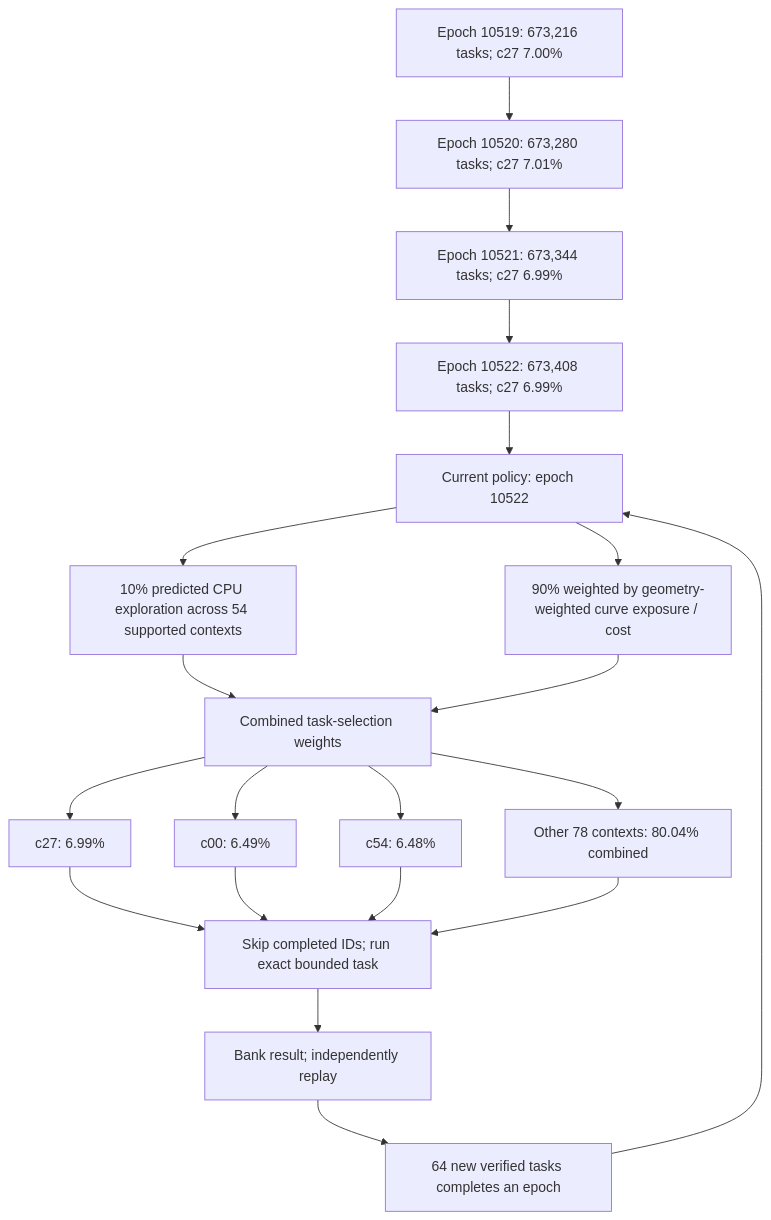
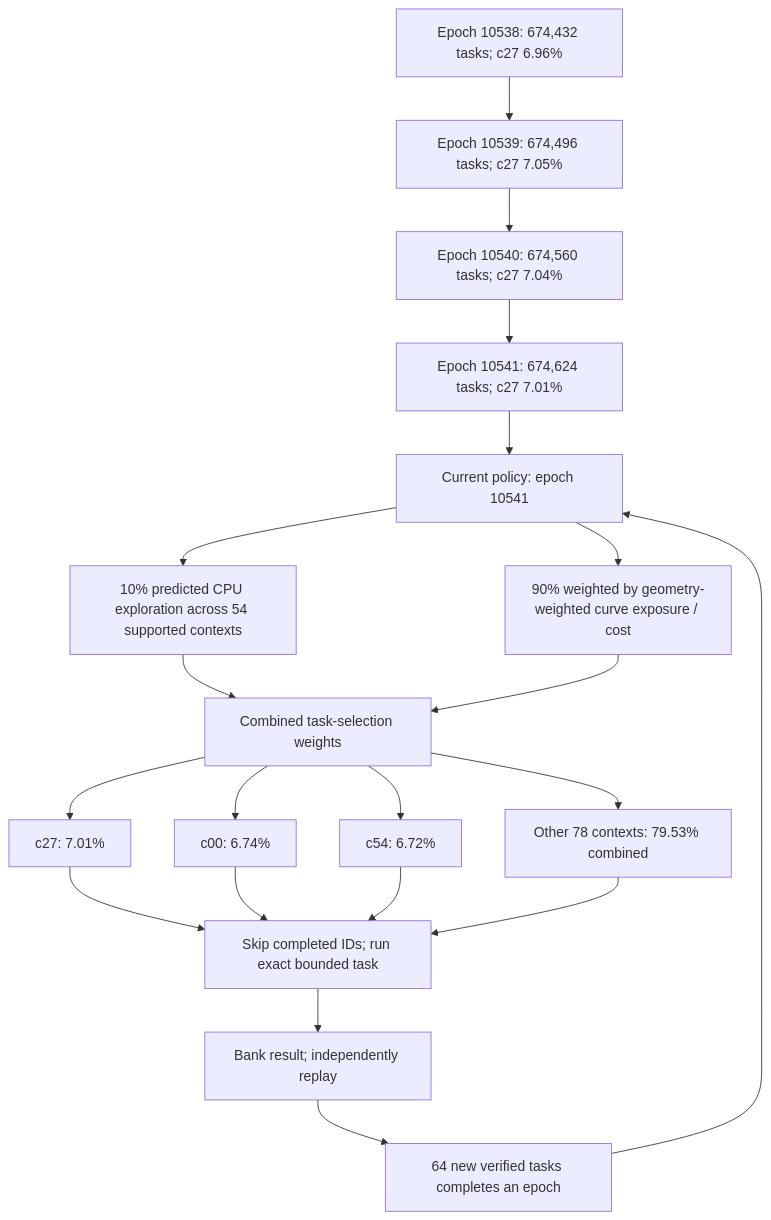
The first of 4 diagrams in README.md (Kuberwastaken/math-gambling), drawn with Mermaid before and after one commit. The commit also changed other lines of this file and 2675 other files, not shown here.

````diff
--- a/README.md
+++ b/README.md
@@ -60,27 +60,27 @@
 ```mermaid
 flowchart TD
-    H0["Epoch 10519: 673,216 tasks; c27 7.00%"]
-    H1["Epoch 10520: 673,280 tasks; c27 7.01%"]
+    H0["Epoch 10538: 674,432 tasks; c27 6.96%"]
+    H1["Epoch 10539: 674,496 tasks; c27 7.05%"]
     H0 --> H1
-    H2["Epoch 10521: 673,344 tasks; c27 6.99%"]
+    H2["Epoch 10540: 674,560 tasks; c27 7.04%"]
     H1 --> H2
-    H3["Epoch 10522: 673,408 tasks; c27 6.99%"]
+    H3["Epoch 10541: 674,624 tasks; c27 7.01%"]
     H2 --> H3
-    Policy["Current policy: epoch 10522"]
+    Policy["Current policy: epoch 10541"]
     H3 --> Policy
     Policy --> Explore["10% predicted CPU exploration across 54 supported contexts"]
     Policy --> Cost["90% weighted by geometry-weighted curve exposure / cost"]
     Explore --> Mix["Combined task-selection weights"]
     Cost --> Mix
-    Mix --> C0["c27: 6.99%"]
-    Mix --> C1["c00: 6.49%"]
-    Mix --> C2["c54: 6.48%"]
-    Mix --> Rest["Other 78 contexts: 80.04% combined"]
+    Mix --> C0["c27: 7.01%"]
+    Mix --> C1["c00: 6.74%"]
+    Mix --> C2["c54: 6.72%"]
+    Mix --> Rest["Other 78 contexts: 79.53% combined"]
     C0 --> Check["Skip completed IDs; run exact bounded task"]
     C1 --> Check
     C2 --> Check
     Rest --> Check
     Check --> Replay["Bank result; independently replay"]
     Replay --> Gate["64 new verified tasks completes an epoch"]
     Gate --> Policy
 ```
````
